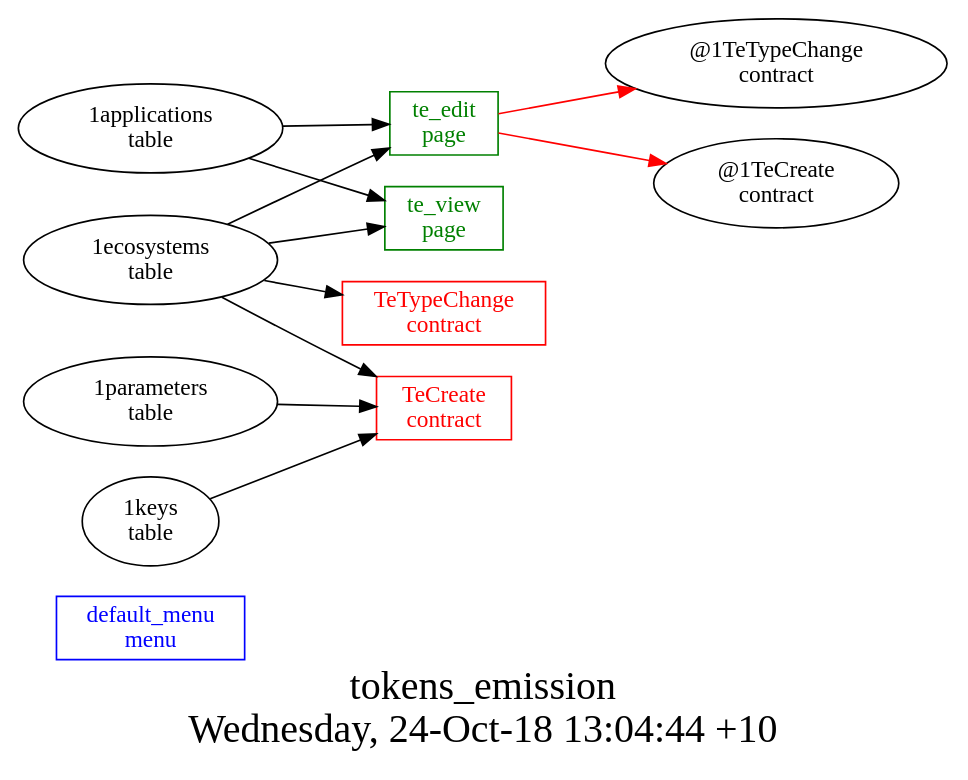
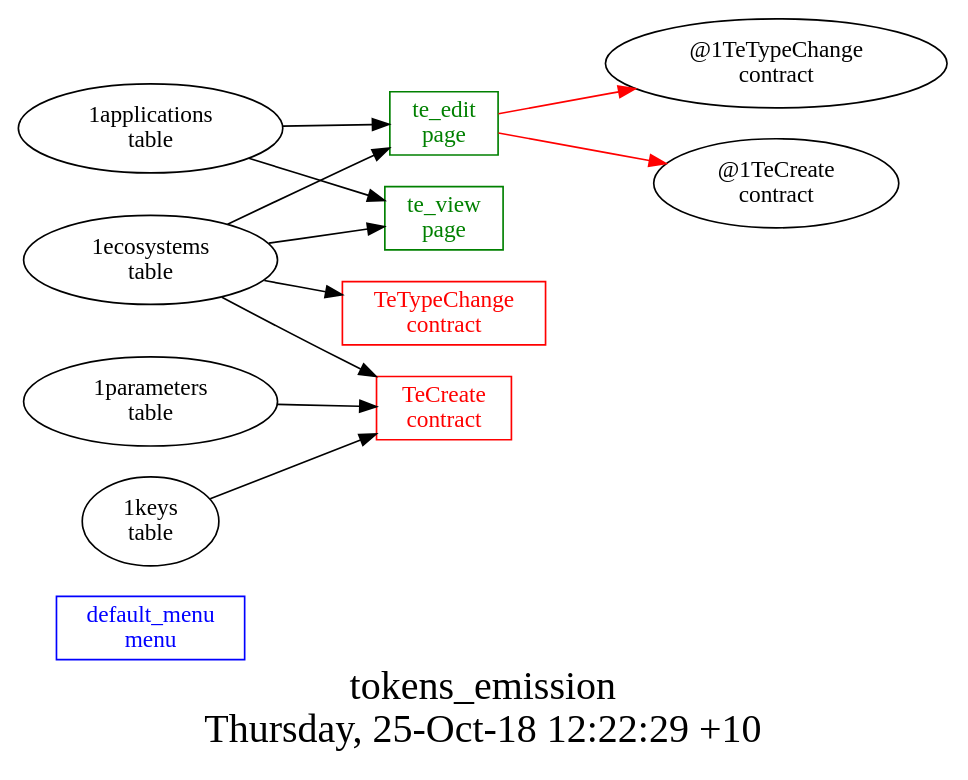
The diagram in other/tokens_emission/struct.dot (AplaProject/apps), drawn with Graphviz before and after one commit. The commit also changed 25 other files, not shown here.

```diff
--- a/other/tokens_emission/struct.dot
+++ b/other/tokens_emission/struct.dot
@@ -1,23 +1,23 @@
 digraph G {
 fontsize="24";
-label="tokens_emission\nWednesday, 24-Oct-18 13:04:44 +10";
+label="tokens_emission\nThursday, 25-Oct-18 12:22:29 +10";
 nojustify=true;
 ordering=out;
 rankdir=LR;
 size="30";
 "default_menu\nmenu" [color=blue, fontcolor=blue, group=menus, shape=record];
 "te_edit\npage" -> "@1TeTypeChange\ncontract"  [ color=red ]
 "te_edit\npage" -> "@1TeCreate\ncontract"  [ color=red ]
 "1applications\ntable" -> "te_edit\npage"
 "1ecosystems\ntable" -> "te_edit\npage"
 "te_edit\npage" [color=green, fontcolor=green, group=pages, shape=record];
 "1applications\ntable" -> "te_view\npage"
 "1ecosystems\ntable" -> "te_view\npage"
 "te_view\npage" [color=green, fontcolor=green, group=pages, shape=record];
 "1parameters\ntable" -> "TeCreate\ncontract"
 "1ecosystems\ntable" -> "TeCreate\ncontract"
 "1keys\ntable" -> "TeCreate\ncontract"
 "TeCreate\ncontract" [color=red, fontcolor=red, group=contracts, shape=record];
 "1ecosystems\ntable" -> "TeTypeChange\ncontract"
 "TeTypeChange\ncontract" [color=red, fontcolor=red, group=contracts, shape=record];
 }
```
